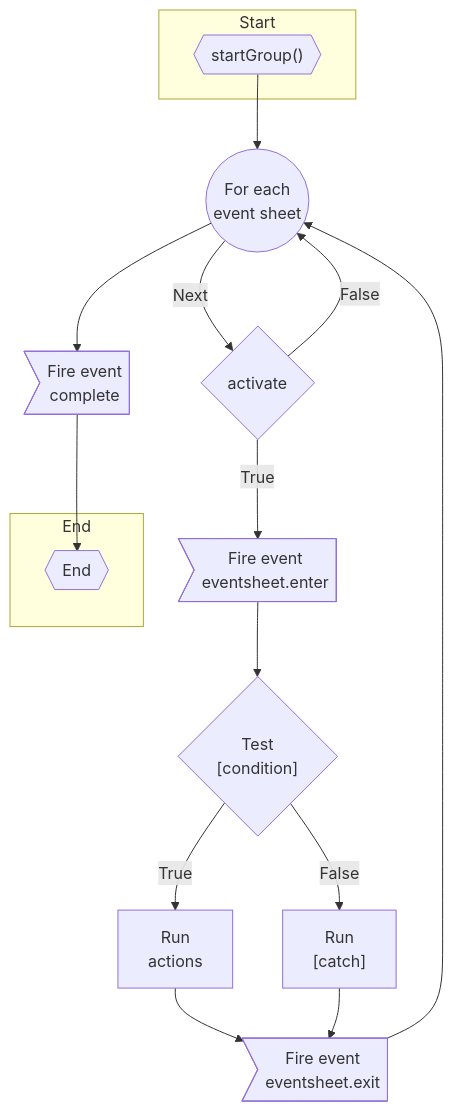
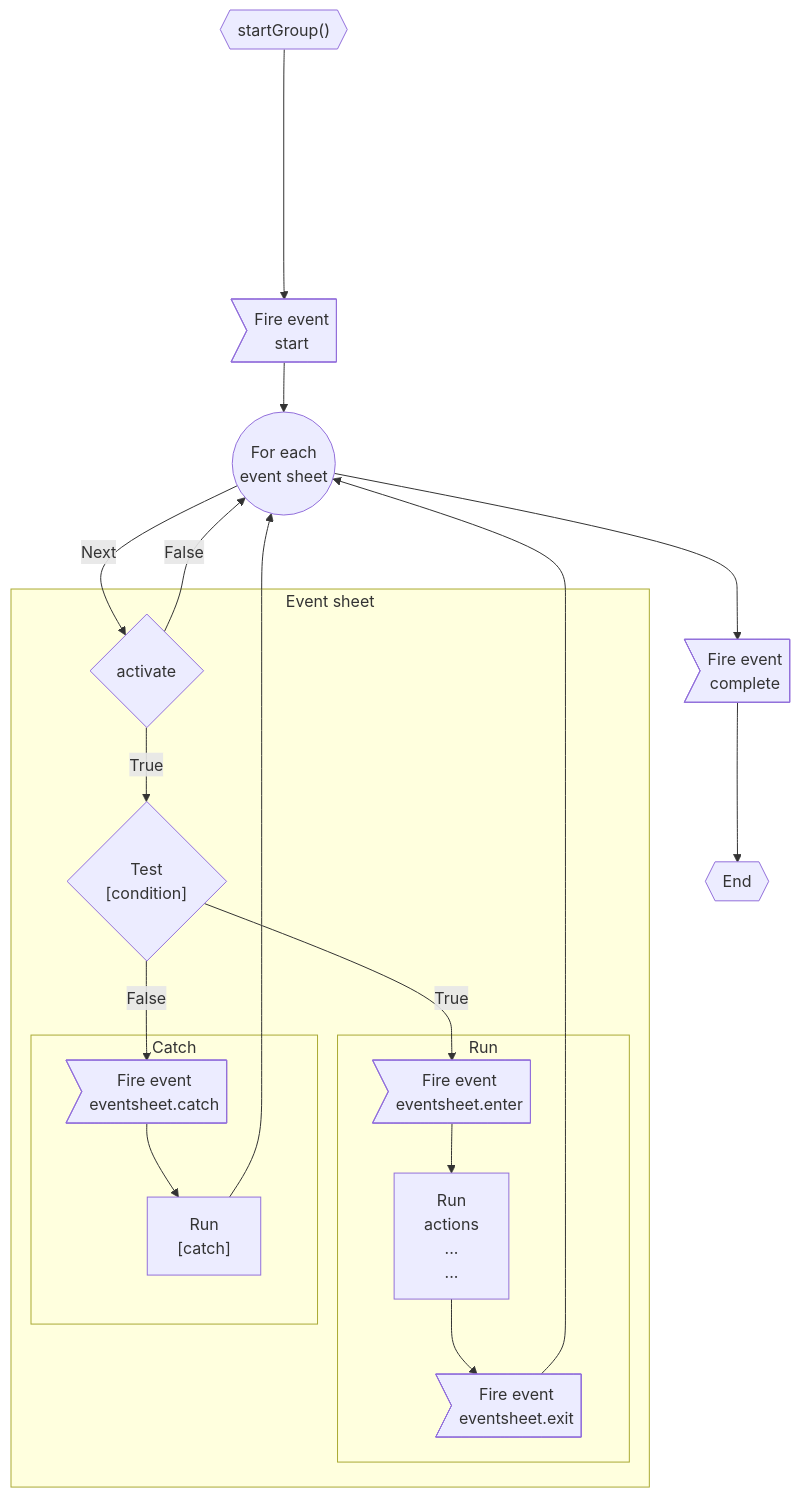
The diagram in docs/docs/markedeventsheet.md (rexrainbow/phaser3-rex-notes), drawn with Mermaid before and after one commit. The commit also changed 5 other files, not shown here.

Commit message:
Update diagram

````diff
--- a/docs/docs/markedeventsheet.md
+++ b/docs/docs/markedeventsheet.md
@@ -166,26 +166,31 @@
 ```mermaid
 graph TD
 
-    subgraph Start
-    startGroup{{"startGroup()"}} 
+    startGroup{{"startGroup()"}}  ------>  eventstart>Fire event\nstart]
+    eventstart --> foreacheventsheet((For each\nevent sheet))
+    foreacheventsheet --> |Next| activate{activate}
+    
+    subgraph Event sheet
+    activate --> |True| condition{"Test\n[condition]"}
+    condition --> |True| enterevent>Fire event\neventsheet.enter]
+    condition --> |False| eventcatch>Fire event\neventsheet.catch] 
+
+    subgraph Run
+    enterevent --> actions[Run\nactions\n...\n...]
+    actions --> exitevent>Fire event\neventsheet.exit]    
     end
 
-    subgraph End
-    endnode{{End}}
+    subgraph Catch
+    eventcatch --> catch["Run\n[catch]"]
+    end
+   
     end
 
-    startGroup --> foreacheventsheet((For each\nevent sheet))
+    exitevent --> foreacheventsheet
+    catch --> foreacheventsheet
 
-    foreacheventsheet --> |Next| activate{activate}
-    activate --> |True| enterevent>Fire event\neventsheet.enter]
-    enterevent --> condition{"Test\n[condition]"}
-    condition --> |True| actions[Run\nactions]    
-    actions --> exitevent>Fire event\neventsheet.exit]   
-    condition --> |False| catch["Run\n[catch]"]    
-    catch --> exitevent
-    exitevent --> foreacheventsheet
     activate --> |False| foreacheventsheet
 
-    foreacheventsheet --> completeevent>Fire event\ncomplete]
-    completeevent --> endnode
+    foreacheventsheet --> eventcomplete>Fire event\ncomplete]
+    eventcomplete --> endnode{{End}}
 ```
````
